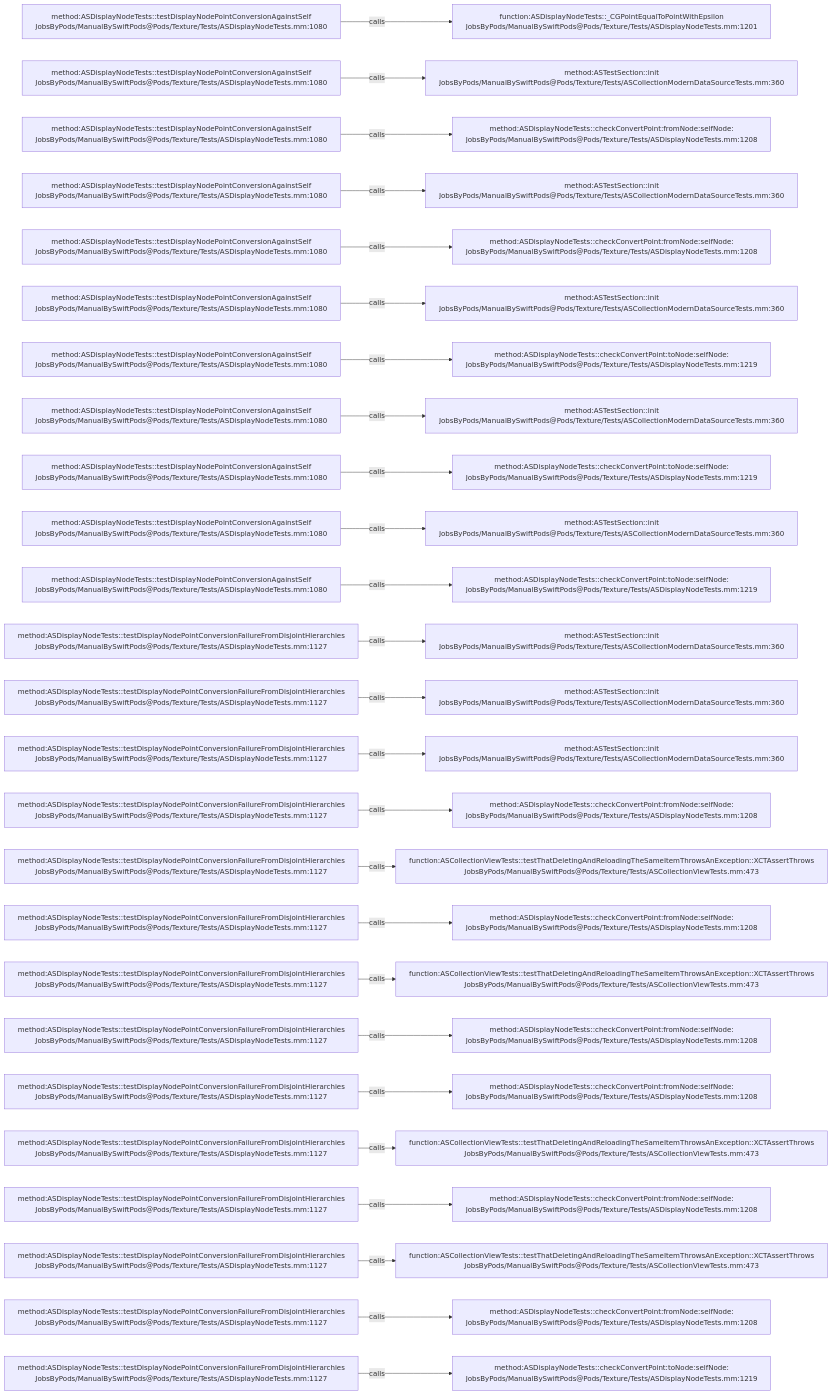
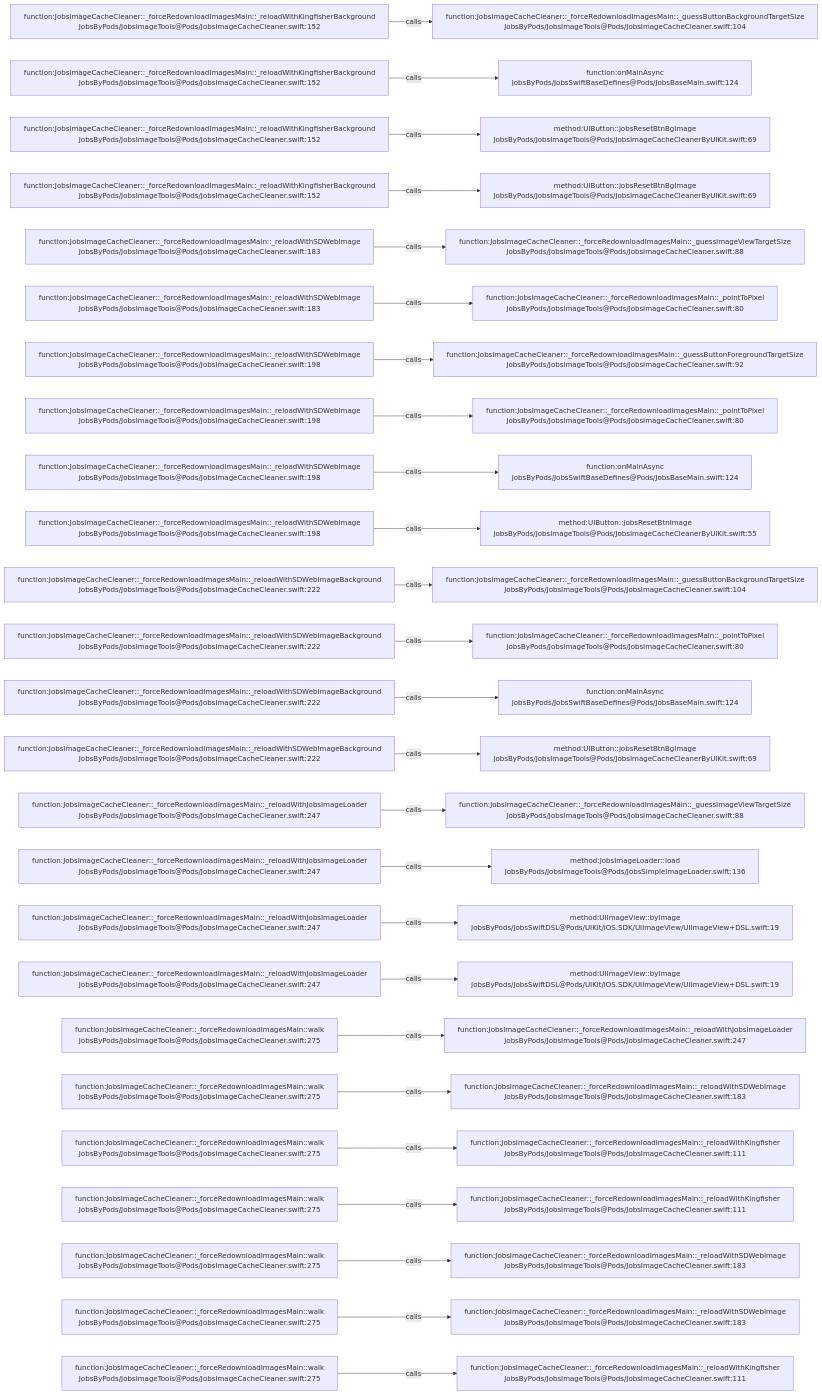
One commit to JobsKits/JobsSwiftBaseConfigDemo changed the diagram in .codegraph/codegraph.md/graphs/calls-190.md. Above: the diagram before and after it, drawn with Mermaid. The commit also changed 224 other files, not shown here.

````diff
--- a/.codegraph/codegraph.md/graphs/calls-190.md
+++ b/.codegraph/codegraph.md/graphs/calls-190.md
@@ -13,78 +13,78 @@
 ```mermaid
 flowchart LR
-  S1["method:ASDisplayNodeTests::testDisplayNodePointConversionAgainstSelf<br/>JobsByPods/ManualBySwiftPods@Pods/Texture/Tests/ASDisplayNodeTests.mm:1080"]
-  T1["function:ASDisplayNodeTests::_CGPointEqualToPointWithEpsilon<br/>JobsByPods/ManualBySwiftPods@Pods/Texture/Tests/ASDisplayNodeTests.mm:1201"]
+  S1["function:JobsImageCacheCleaner::_forceRedownloadImagesMain::_reloadWithKingfisherBackground<br/>JobsByPods/JobsImageTools@Pods/JobsImageCacheCleaner.swift:152"]
+  T1["function:JobsImageCacheCleaner::_forceRedownloadImagesMain::_guessButtonBackgroundTargetSize<br/>JobsByPods/JobsImageTools@Pods/JobsImageCacheCleaner.swift:104"]
   S1 -->|calls| T1
-  S2["method:ASDisplayNodeTests::testDisplayNodePointConversionAgainstSelf<br/>JobsByPods/ManualBySwiftPods@Pods/Texture/Tests/ASDisplayNodeTests.mm:1080"]
-  T2["method:ASTestSection::init<br/>JobsByPods/ManualBySwiftPods@Pods/Texture/Tests/ASCollectionModernDataSourceTests.mm:360"]
+  S2["function:JobsImageCacheCleaner::_forceRedownloadImagesMain::_reloadWithKingfisherBackground<br/>JobsByPods/JobsImageTools@Pods/JobsImageCacheCleaner.swift:152"]
+  T2["function:onMainAsync<br/>JobsByPods/JobsSwiftBaseDefines@Pods/JobsBaseMain.swift:124"]
   S2 -->|calls| T2
-  S3["method:ASDisplayNodeTests::testDisplayNodePointConversionAgainstSelf<br/>JobsByPods/ManualBySwiftPods@Pods/Texture/Tests/ASDisplayNodeTests.mm:1080"]
-  T3["method:ASDisplayNodeTests::checkConvertPoint:fromNode:selfNode:<br/>JobsByPods/ManualBySwiftPods@Pods/Texture/Tests/ASDisplayNodeTests.mm:1208"]
+  S3["function:JobsImageCacheCleaner::_forceRedownloadImagesMain::_reloadWithKingfisherBackground<br/>JobsByPods/JobsImageTools@Pods/JobsImageCacheCleaner.swift:152"]
+  T3["method:UIButton::jobsResetBtnBgImage<br/>JobsByPods/JobsImageTools@Pods/JobsImageCacheCleanerByUIKit.swift:69"]
   S3 -->|calls| T3
-  S4["method:ASDisplayNodeTests::testDisplayNodePointConversionAgainstSelf<br/>JobsByPods/ManualBySwiftPods@Pods/Texture/Tests/ASDisplayNodeTests.mm:1080"]
-  T4["method:ASTestSection::init<br/>JobsByPods/ManualBySwiftPods@Pods/Texture/Tests/ASCollectionModernDataSourceTests.mm:360"]
+  S4["function:JobsImageCacheCleaner::_forceRedownloadImagesMain::_reloadWithKingfisherBackground<br/>JobsByPods/JobsImageTools@Pods/JobsImageCacheCleaner.swift:152"]
+  T4["method:UIButton::jobsResetBtnBgImage<br/>JobsByPods/JobsImageTools@Pods/JobsImageCacheCleanerByUIKit.swift:69"]
   S4 -->|calls| T4
-  S5["method:ASDisplayNodeTests::testDisplayNodePointConversionAgainstSelf<br/>JobsByPods/ManualBySwiftPods@Pods/Texture/Tests/ASDisplayNodeTests.mm:1080"]
-  T5["method:ASDisplayNodeTests::checkConvertPoint:fromNode:selfNode:<br/>JobsByPods/ManualBySwiftPods@Pods/Texture/Tests/ASDisplayNodeTests.mm:1208"]
+  S5["function:JobsImageCacheCleaner::_forceRedownloadImagesMain::_reloadWithSDWebImage<br/>JobsByPods/JobsImageTools@Pods/JobsImageCacheCleaner.swift:183"]
+  T5["function:JobsImageCacheCleaner::_forceRedownloadImagesMain::_guessImageViewTargetSize<br/>JobsByPods/JobsImageTools@Pods/JobsImageCacheCleaner.swift:88"]
   S5 -->|calls| T5
-  S6["method:ASDisplayNodeTests::testDisplayNodePointConversionAgainstSelf<br/>JobsByPods/ManualBySwiftPods@Pods/Texture/Tests/ASDisplayNodeTests.mm:1080"]
-  T6["method:ASTestSection::init<br/>JobsByPods/ManualBySwiftPods@Pods/Texture/Tests/ASCollectionModernDataSourceTests.mm:360"]
+  S6["function:JobsImageCacheCleaner::_forceRedownloadImagesMain::_reloadWithSDWebImage<br/>JobsByPods/JobsImageTools@Pods/JobsImageCacheCleaner.swift:183"]
+  T6["function:JobsImageCacheCleaner::_forceRedownloadImagesMain::_pointToPixel<br/>JobsByPods/JobsImageTools@Pods/JobsImageCacheCleaner.swift:80"]
   S6 -->|calls| T6
-  S7["method:ASDisplayNodeTests::testDisplayNodePointConversionAgainstSelf<br/>JobsByPods/ManualBySwiftPods@Pods/Texture/Tests/ASDisplayNodeTests.mm:1080"]
-  T7["method:ASDisplayNodeTests::checkConvertPoint:toNode:selfNode:<br/>JobsByPods/ManualBySwiftPods@Pods/Texture/Tests/ASDisplayNodeTests.mm:1219"]
+  S7["function:JobsImageCacheCleaner::_forceRedownloadImagesMain::_reloadWithSDWebImage<br/>JobsByPods/JobsImageTools@Pods/JobsImageCacheCleaner.swift:198"]
+  T7["function:JobsImageCacheCleaner::_forceRedownloadImagesMain::_guessButtonForegroundTargetSize<br/>JobsByPods/JobsImageTools@Pods/JobsImageCacheCleaner.swift:92"]
   S7 -->|calls| T7
-  S8["method:ASDisplayNodeTests::testDisplayNodePointConversionAgainstSelf<br/>JobsByPods/ManualBySwiftPods@Pods/Texture/Tests/ASDisplayNodeTests.mm:1080"]
-  T8["method:ASTestSection::init<br/>JobsByPods/ManualBySwiftPods@Pods/Texture/Tests/ASCollectionModernDataSourceTests.mm:360"]
+  S8["function:JobsImageCacheCleaner::_forceRedownloadImagesMain::_reloadWithSDWebImage<br/>JobsByPods/JobsImageTools@Pods/JobsImageCacheCleaner.swift:198"]
+  T8["function:JobsImageCacheCleaner::_forceRedownloadImagesMain::_pointToPixel<br/>JobsByPods/JobsImageTools@Pods/JobsImageCacheCleaner.swift:80"]
   S8 -->|calls| T8
-  S9["method:ASDisplayNodeTests::testDisplayNodePointConversionAgainstSelf<br/>JobsByPods/ManualBySwiftPods@Pods/Texture/Tests/ASDisplayNodeTests.mm:1080"]
-  T9["method:ASDisplayNodeTests::checkConvertPoint:toNode:selfNode:<br/>JobsByPods/ManualBySwiftPods@Pods/Texture/Tests/ASDisplayNodeTests.mm:1219"]
+  S9["function:JobsImageCacheCleaner::_forceRedownloadImagesMain::_reloadWithSDWebImage<br/>JobsByPods/JobsImageTools@Pods/JobsImageCacheCleaner.swift:198"]
+  T9["function:onMainAsync<br/>JobsByPods/JobsSwiftBaseDefines@Pods/JobsBaseMain.swift:124"]
   S9 -->|calls| T9
-  S10["method:ASDisplayNodeTests::testDisplayNodePointConversionAgainstSelf<br/>JobsByPods/ManualBySwiftPods@Pods/Texture/Tests/ASDisplayNodeTests.mm:1080"]
-  T10["method:ASTestSection::init<br/>JobsByPods/ManualBySwiftPods@Pods/Texture/Tests/ASCollectionModernDataSourceTests.mm:360"]
+  S10["function:JobsImageCacheCleaner::_forceRedownloadImagesMain::_reloadWithSDWebImage<br/>JobsByPods/JobsImageTools@Pods/JobsImageCacheCleaner.swift:198"]
+  T10["method:UIButton::jobsResetBtnImage<br/>JobsByPods/JobsImageTools@Pods/JobsImageCacheCleanerByUIKit.swift:55"]
   S10 -->|calls| T10
-  S11["method:ASDisplayNodeTests::testDisplayNodePointConversionAgainstSelf<br/>JobsByPods/ManualBySwiftPods@Pods/Texture/Tests/ASDisplayNodeTests.mm:1080"]
-  T11["method:ASDisplayNodeTests::checkConvertPoint:toNode:selfNode:<br/>JobsByPods/ManualBySwiftPods@Pods/Texture/Tests/ASDisplayNodeTests.mm:1219"]
+  S11["function:JobsImageCacheCleaner::_forceRedownloadImagesMain::_reloadWithSDWebImageBackground<br/>JobsByPods/JobsImageTools@Pods/JobsImageCacheCleaner.swift:222"]
+  T11["function:JobsImageCacheCleaner::_forceRedownloadImagesMain::_guessButtonBackgroundTargetSize<br/>JobsByPods/JobsImageTools@Pods/JobsImageCacheCleaner.swift:104"]
   S11 -->|calls| T11
-  S12["method:ASDisplayNodeTests::testDisplayNodePointConversionFailureFromDisjointHierarchies<br/>JobsByPods/ManualBySwiftPods@Pods/Texture/Tests/ASDisplayNodeTests.mm:1127"]
-  T12["method:ASTestSection::init<br/>JobsByPods/ManualBySwiftPods@Pods/Texture/Tests/ASCollectionModernDataSourceTests.mm:360"]
+  S12["function:JobsImageCacheCleaner::_forceRedownloadImagesMain::_reloadWithSDWebImageBackground<br/>JobsByPods/JobsImageTools@Pods/JobsImageCacheCleaner.swift:222"]
+  T12["function:JobsImageCacheCleaner::_forceRedownloadImagesMain::_pointToPixel<br/>JobsByPods/JobsImageTools@Pods/JobsImageCacheCleaner.swift:80"]
   S12 -->|calls| T12
-  S13["method:ASDisplayNodeTests::testDisplayNodePointConversionFailureFromDisjointHierarchies<br/>JobsByPods/ManualBySwiftPods@Pods/Texture/Tests/ASDisplayNodeTests.mm:1127"]
-  T13["method:ASTestSection::init<br/>JobsByPods/ManualBySwiftPods@Pods/Texture/Tests/ASCollectionModernDataSourceTests.mm:360"]
+  S13["function:JobsImageCacheCleaner::_forceRedownloadImagesMain::_reloadWithSDWebImageBackground<br/>JobsByPods/JobsImageTools@Pods/JobsImageCacheCleaner.swift:222"]
+  T13["function:onMainAsync<br/>JobsByPods/JobsSwiftBaseDefines@Pods/JobsBaseMain.swift:124"]
   S13 -->|calls| T13
-  S14["method:ASDisplayNodeTests::testDisplayNodePointConversionFailureFromDisjointHierarchies<br/>JobsByPods/ManualBySwiftPods@Pods/Texture/Tests/ASDisplayNodeTests.mm:1127"]
-  T14["method:ASTestSection::init<br/>JobsByPods/ManualBySwiftPods@Pods/Texture/Tests/ASCollectionModernDataSourceTests.mm:360"]
+  S14["function:JobsImageCacheCleaner::_forceRedownloadImagesMain::_reloadWithSDWebImageBackground<br/>JobsByPods/JobsImageTools@Pods/JobsImageCacheCleaner.swift:222"]
+  T14["method:UIButton::jobsResetBtnBgImage<br/>JobsByPods/JobsImageTools@Pods/JobsImageCacheCleanerByUIKit.swift:69"]
   S14 -->|calls| T14
-  S15["method:ASDisplayNodeTests::testDisplayNodePointConversionFailureFromDisjointHierarchies<br/>JobsByPods/ManualBySwiftPods@Pods/Texture/Tests/ASDisplayNodeTests.mm:1127"]
-  T15["method:ASDisplayNodeTests::checkConvertPoint:fromNode:selfNode:<br/>JobsByPods/ManualBySwiftPods@Pods/Texture/Tests/ASDisplayNodeTests.mm:1208"]
+  S15["function:JobsImageCacheCleaner::_forceRedownloadImagesMain::_reloadWithJobsImageLoader<br/>JobsByPods/JobsImageTools@Pods/JobsImageCacheCleaner.swift:247"]
+  T15["function:JobsImageCacheCleaner::_forceRedownloadImagesMain::_guessImageViewTargetSize<br/>JobsByPods/JobsImageTools@Pods/JobsImageCacheCleaner.swift:88"]
   S15 -->|calls| T15
-  S16["method:ASDisplayNodeTests::testDisplayNodePointConversionFailureFromDisjointHierarchies<br/>JobsByPods/ManualBySwiftPods@Pods/Texture/Tests/ASDisplayNodeTests.mm:1127"]
-  T16["function:ASCollectionViewTests::testThatDeletingAndReloadingTheSameItemThrowsAnException::XCTAssertThrows<br/>JobsByPods/ManualBySwiftPods@Pods/Texture/Tests/ASCollectionViewTests.mm:473"]
+  S16["function:JobsImageCacheCleaner::_forceRedownloadImagesMain::_reloadWithJobsImageLoader<br/>JobsByPods/JobsImageTools@Pods/JobsImageCacheCleaner.swift:247"]
+  T16["method:JobsImageLoader::load<br/>JobsByPods/JobsImageTools@Pods/JobsSimpleImageLoader.swift:136"]
   S16 -->|calls| T16
-  S17["method:ASDisplayNodeTests::testDisplayNodePointConversionFailureFromDisjointHierarchies<br/>JobsByPods/ManualBySwiftPods@Pods/Texture/Tests/ASDisplayNodeTests.mm:1127"]
-  T17["method:ASDisplayNodeTests::checkConvertPoint:fromNode:selfNode:<br/>JobsByPods/ManualBySwiftPods@Pods/Texture/Tests/ASDisplayNodeTests.mm:1208"]
+  S17["function:JobsImageCacheCleaner::_forceRedownloadImagesMain::_reloadWithJobsImageLoader<br/>JobsByPods/JobsImageTools@Pods/JobsImageCacheCleaner.swift:247"]
+  T17["method:UIImageView::byImage<br/>JobsByPods/JobsSwiftDSL@Pods/UIKit/iOS.SDK/UIImageView/UIImageView+DSL.swift:19"]
   S17 -->|calls| T17
-  S18["method:ASDisplayNodeTests::testDisplayNodePointConversionFailureFromDisjointHierarchies<br/>JobsByPods/ManualBySwiftPods@Pods/Texture/Tests/ASDisplayNodeTests.mm:1127"]
-  T18["function:ASCollectionViewTests::testThatDeletingAndReloadingTheSameItemThrowsAnException::XCTAssertThrows<br/>JobsByPods/ManualBySwiftPods@Pods/Texture/Tests/ASCollectionViewTests.mm:473"]
+  S18["function:JobsImageCacheCleaner::_forceRedownloadImagesMain::_reloadWithJobsImageLoader<br/>JobsByPods/JobsImageTools@Pods/JobsImageCacheCleaner.swift:247"]
+  T18["method:UIImageView::byImage<br/>JobsByPods/JobsSwiftDSL@Pods/UIKit/iOS.SDK/UIImageView/UIImageView+DSL.swift:19"]
   S18 -->|calls| T18
-  S19["method:ASDisplayNodeTests::testDisplayNodePointConversionFailureFromDisjointHierarchies<br/>JobsByPods/ManualBySwiftPods@Pods/Texture/Tests/ASDisplayNodeTests.mm:1127"]
-  T19["method:ASDisplayNodeTests::checkConvertPoint:fromNode:selfNode:<br/>JobsByPods/ManualBySwiftPods@Pods/Texture/Tests/ASDisplayNodeTests.mm:1208"]
+  S19["function:JobsImageCacheCleaner::_forceRedownloadImagesMain::walk<br/>JobsByPods/JobsImageTools@Pods/JobsImageCacheCleaner.swift:275"]
+  T19["function:JobsImageCacheCleaner::_forceRedownloadImagesMain::_reloadWithJobsImageLoader<br/>JobsByPods/JobsImageTools@Pods/JobsImageCacheCleaner.swift:247"]
   S19 -->|calls| T19
-  S20["method:ASDisplayNodeTests::testDisplayNodePointConversionFailureFromDisjointHierarchies<br/>JobsByPods/ManualBySwiftPods@Pods/Texture/Tests/ASDisplayNodeTests.mm:1127"]
-  T20["method:ASDisplayNodeTests::checkConvertPoint:fromNode:selfNode:<br/>JobsByPods/ManualBySwiftPods@Pods/Texture/Tests/ASDisplayNodeTests.mm:1208"]
+  S20["function:JobsImageCacheCleaner::_forceRedownloadImagesMain::walk<br/>JobsByPods/JobsImageTools@Pods/JobsImageCacheCleaner.swift:275"]
+  T20["function:JobsImageCacheCleaner::_forceRedownloadImagesMain::_reloadWithSDWebImage<br/>JobsByPods/JobsImageTools@Pods/JobsImageCacheCleaner.swift:183"]
   S20 -->|calls| T20
-  S21["method:ASDisplayNodeTests::testDisplayNodePointConversionFailureFromDisjointHierarchies<br/>JobsByPods/ManualBySwiftPods@Pods/Texture/Tests/ASDisplayNodeTests.mm:1127"]
-  T21["function:ASCollectionViewTests::testThatDeletingAndReloadingTheSameItemThrowsAnException::XCTAssertThrows<br/>JobsByPods/ManualBySwiftPods@Pods/Texture/Tests/ASCollectionViewTests.mm:473"]
+  S21["function:JobsImageCacheCleaner::_forceRedownloadImagesMain::walk<br/>JobsByPods/JobsImageTools@Pods/JobsImageCacheCleaner.swift:275"]
+  T21["function:JobsImageCacheCleaner::_forceRedownloadImagesMain::_reloadWithKingfisher<br/>JobsByPods/JobsImageTools@Pods/JobsImageCacheCleaner.swift:111"]
   S21 -->|calls| T21
-  S22["method:ASDisplayNodeTests::testDisplayNodePointConversionFailureFromDisjointHierarchies<br/>JobsByPods/ManualBySwiftPods@Pods/Texture/Tests/ASDisplayNodeTests.mm:1127"]
-  T22["method:ASDisplayNodeTests::checkConvertPoint:fromNode:selfNode:<br/>JobsByPods/ManualBySwiftPods@Pods/Texture/Tests/ASDisplayNodeTests.mm:1208"]
+  S22["function:JobsImageCacheCleaner::_forceRedownloadImagesMain::walk<br/>JobsByPods/JobsImageTools@Pods/JobsImageCacheCleaner.swift:275"]
+  T22["function:JobsImageCacheCleaner::_forceRedownloadImagesMain::_reloadWithKingfisher<br/>JobsByPods/JobsImageTools@Pods/JobsImageCacheCleaner.swift:111"]
   S22 -->|calls| T22
-  S23["method:ASDisplayNodeTests::testDisplayNodePointConversionFailureFromDisjointHierarchies<br/>JobsByPods/ManualBySwiftPods@Pods/Texture/Tests/ASDisplayNodeTests.mm:1127"]
-  T23["function:ASCollectionViewTests::testThatDeletingAndReloadingTheSameItemThrowsAnException::XCTAssertThrows<br/>JobsByPods/ManualBySwiftPods@Pods/Texture/Tests/ASCollectionViewTests.mm:473"]
+  S23["function:JobsImageCacheCleaner::_forceRedownloadImagesMain::walk<br/>JobsByPods/JobsImageTools@Pods/JobsImageCacheCleaner.swift:275"]
+  T23["function:JobsImageCacheCleaner::_forceRedownloadImagesMain::_reloadWithSDWebImage<br/>JobsByPods/JobsImageTools@Pods/JobsImageCacheCleaner.swift:183"]
   S23 -->|calls| T23
-  S24["method:ASDisplayNodeTests::testDisplayNodePointConversionFailureFromDisjointHierarchies<br/>JobsByPods/ManualBySwiftPods@Pods/Texture/Tests/ASDisplayNodeTests.mm:1127"]
-  T24["method:ASDisplayNodeTests::checkConvertPoint:fromNode:selfNode:<br/>JobsByPods/ManualBySwiftPods@Pods/Texture/Tests/ASDisplayNodeTests.mm:1208"]
+  S24["function:JobsImageCacheCleaner::_forceRedownloadImagesMain::walk<br/>JobsByPods/JobsImageTools@Pods/JobsImageCacheCleaner.swift:275"]
+  T24["function:JobsImageCacheCleaner::_forceRedownloadImagesMain::_reloadWithSDWebImage<br/>JobsByPods/JobsImageTools@Pods/JobsImageCacheCleaner.swift:183"]
   S24 -->|calls| T24
-  S25["method:ASDisplayNodeTests::testDisplayNodePointConversionFailureFromDisjointHierarchies<br/>JobsByPods/ManualBySwiftPods@Pods/Texture/Tests/ASDisplayNodeTests.mm:1127"]
-  T25["method:ASDisplayNodeTests::checkConvertPoint:toNode:selfNode:<br/>JobsByPods/ManualBySwiftPods@Pods/Texture/Tests/ASDisplayNodeTests.mm:1219"]
+  S25["function:JobsImageCacheCleaner::_forceRedownloadImagesMain::walk<br/>JobsByPods/JobsImageTools@Pods/JobsImageCacheCleaner.swift:275"]
+  T25["function:JobsImageCacheCleaner::_forceRedownloadImagesMain::_reloadWithKingfisher<br/>JobsByPods/JobsImageTools@Pods/JobsImageCacheCleaner.swift:111"]
   S25 -->|calls| T25
 ```
````
